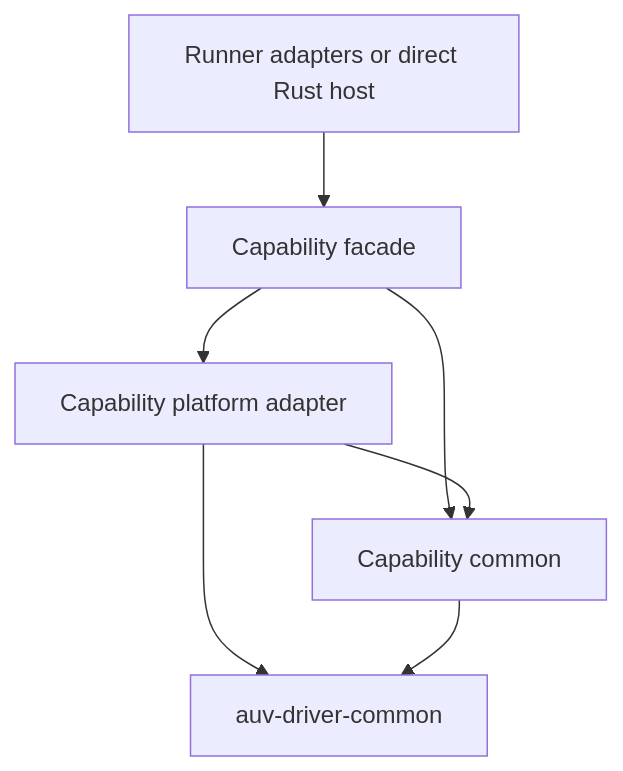
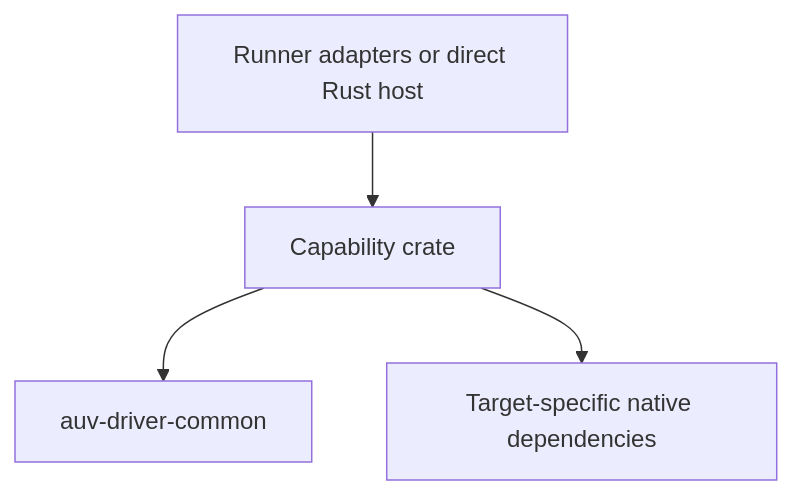
One commit to moeru-ai/auv changed the diagram in docs/ai/references/driver/2026-11-09-capability-crate-split-design.md. Above: the diagram before and after it, drawn with Mermaid. The commit also changed other lines of this file and 43 other files, not shown here.

Commit message:
refactor(auv-driver-capture): consolidate platform code in one crate

````diff
--- a/docs/ai/references/driver/2026-11-09-capability-crate-split-design.md
+++ b/docs/ai/references/driver/2026-11-09-capability-crate-split-design.md
@@ -146,9 +146,6 @@
 ```mermaid
 flowchart TD
-  Host[Runner adapters or direct Rust host] --> Facade[Capability facade]
-  Facade --> Platform[Capability platform adapter]
-  Facade --> Contracts[Capability common]
-  Platform --> Contracts
-  Platform --> Shared[auv-driver-common]
-  Contracts --> Shared
+  Host[Runner adapters or direct Rust host] --> Capability[Capability crate]
+  Capability --> Shared[auv-driver-common]
+  Capability --> Native[Target-specific native dependencies]
 ```
````
